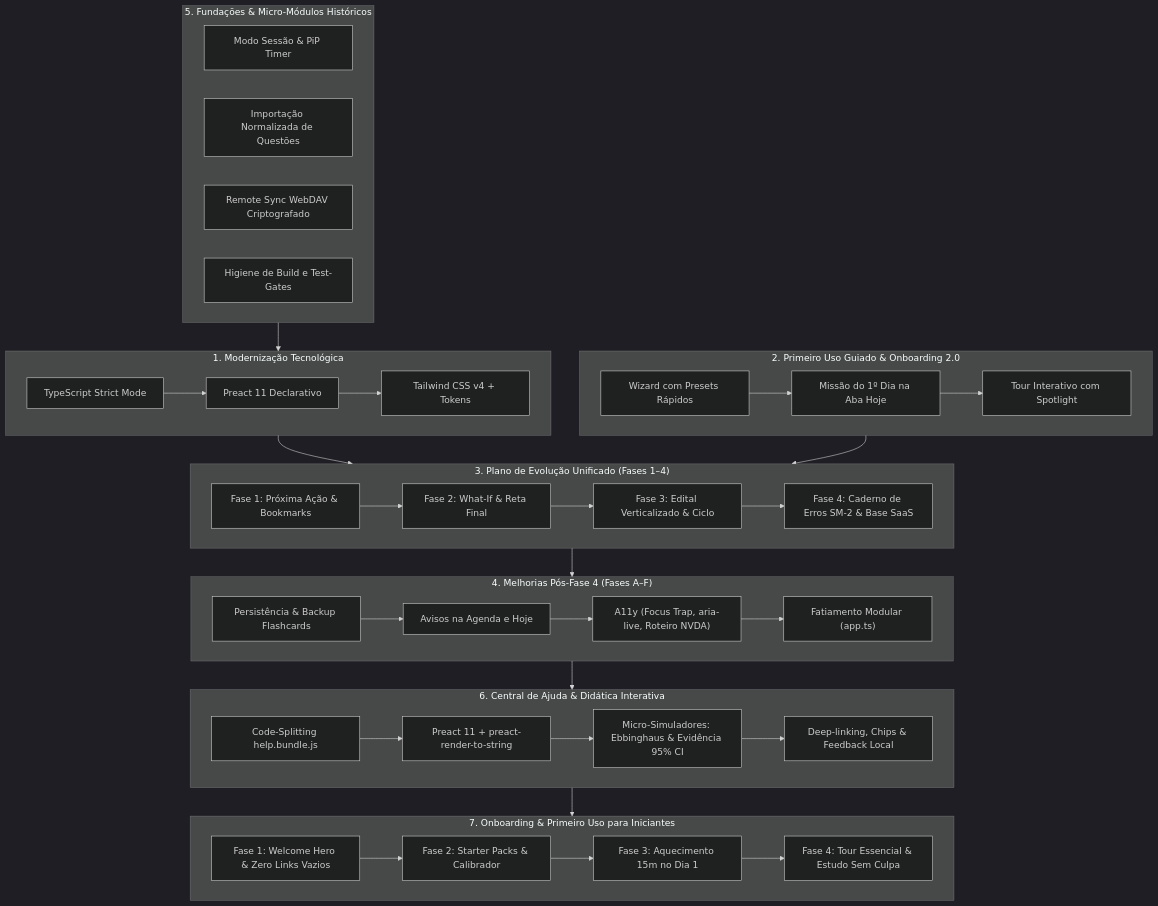
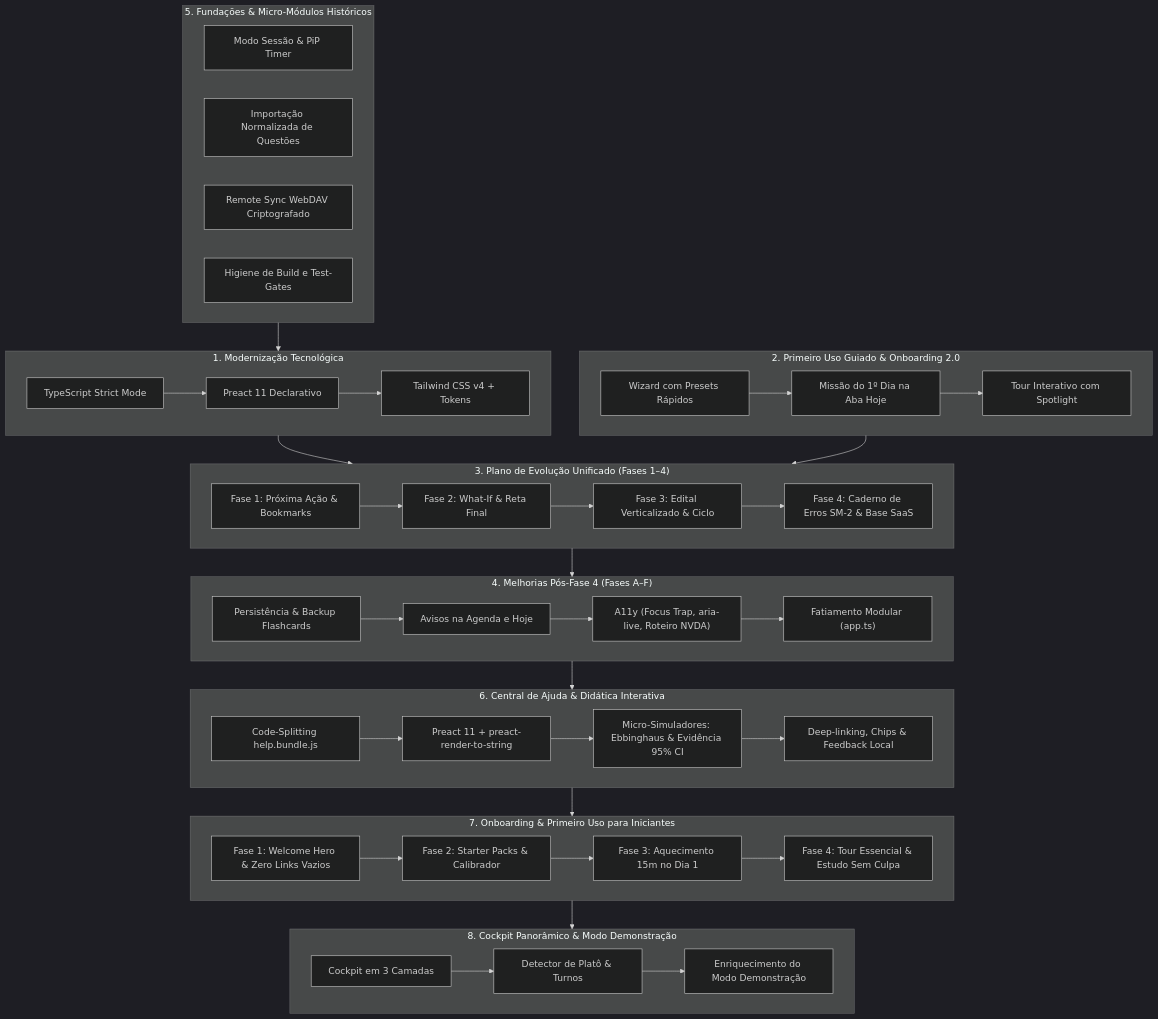
Before and after one commit to vitoriapac/Extrato: the diagram in docs/PLANOS-CONCLUIDOS.md, drawn with Mermaid (dark theme). The commit also changed other lines of this file and 4 other files, not shown here.

First line of the commit message:
docs: registrar enriquecimento do modo demonstracao e atualizar contratos de arquitetura e cenarios

````diff
--- a/docs/PLANOS-CONCLUIDOS.md
+++ b/docs/PLANOS-CONCLUIDOS.md
@@ -16,50 +16,56 @@
 ```mermaid
 flowchart TD
     subgraph P1 ["1. Modernização Tecnológica"]
         P1A["TypeScript Strict Mode"] --> P1B["Preact 11 Declarativo"]
         P1B --> P1C["Tailwind CSS v4 + Tokens"]
     end
 
     subgraph P2 ["2. Primeiro Uso Guiado & Onboarding 2.0"]
         P2A["Wizard com Presets Rápidos"] --> P2B["Missão do 1º Dia na Aba Hoje"]
         P2B --> P2C["Tour Interativo com Spotlight"]
     end
 
     subgraph P3 ["3. Plano de Evolução Unificado (Fases 1–4)"]
         P3A["Fase 1: Próxima Ação & Bookmarks"] --> P3B["Fase 2: What-If & Reta Final"]
         P3B --> P3C["Fase 3: Edital Verticalizado & Ciclo"]
         P3C --> P3D["Fase 4: Caderno de Erros SM-2 & Base SaaS"]
     end
 
     subgraph P4 ["4. Melhorias Pós-Fase 4 (Fases A–F)"]
         P4A["Persistência & Backup Flashcards"] --> P4B["Avisos na Agenda e Hoje"]
         P4B --> P4C["A11y (Focus Trap, aria-live, Roteiro NVDA)"]
         P4C --> P4D["Fatiamento Modular (app.ts)"]
     end
 
     subgraph P5 ["5. Fundações & Micro-Módulos Históricos"]
         P5A["Modo Sessão & PiP Timer"]
         P5B["Importação Normalizada de Questões"]
         P5C["Remote Sync WebDAV Criptografado"]
         P5D["Higiene de Build e Test-Gates"]
     end
 
     subgraph P6 ["6. Central de Ajuda & Didática Interativa"]
         P6A["Code-Splitting help.bundle.js"] --> P6B["Preact 11 + preact-render-to-string"]
         P6B --> P6C["Micro-Simuladores: Ebbinghaus & Evidência 95% CI"]
         P6C --> P6D["Deep-linking, Chips & Feedback Local"]
     end
 
     subgraph P7 ["7. Onboarding & Primeiro Uso para Iniciantes"]
         P7A["Fase 1: Welcome Hero & Zero Links Vazios"] --> P7B["Fase 2: Starter Packs & Calibrador"]
         P7B --> P7C["Fase 3: Aquecimento 15m no Dia 1"]
         P7C --> P7D["Fase 4: Tour Essencial & Estudo Sem Culpa"]
     end
 
+    subgraph P8 ["8. Cockpit Panorâmico & Modo Demonstração"]
+        P8A["Cockpit em 3 Camadas"] --> P8B["Detector de Platô & Turnos"]
+        P8B --> P8C["Enriquecimento do Modo Demonstração"]
+    end
+
     P1 --> P3
     P2 --> P3
     P3 --> P4
     P5 --> P1
     P4 --> P6
     P6 --> P7
+    P7 --> P8
 ```
````
